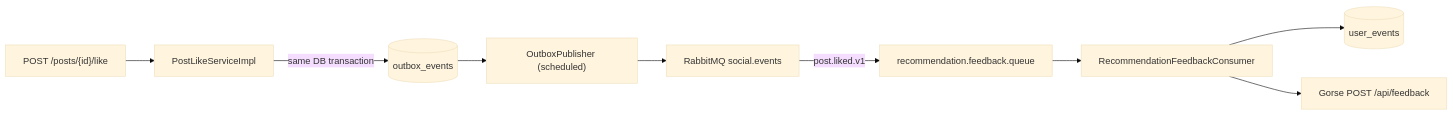
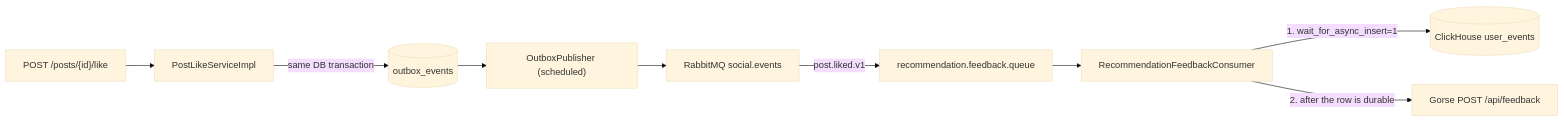
Before and after one commit to luvax-social/backend: the second of 2 diagrams in docs/modules/recommendation/README.md, drawn with Mermaid (base theme). The commit also changed other lines of this file and 11 other files, not shown here.

````diff
--- a/docs/modules/recommendation/README.md
+++ b/docs/modules/recommendation/README.md
@@ -62,11 +63,11 @@
 ```mermaid
 flowchart LR
     A["POST /posts/{id}/like"] --> B["PostLikeServiceImpl"]
     B -->|same DB transaction| C[("outbox_events")]
     C --> D["OutboxPublisher (scheduled)"]
     D --> E["RabbitMQ social.events"]
     E -->|post.liked.v1| F["recommendation.feedback.queue"]
     F --> G[RecommendationFeedbackConsumer]
-    G --> H[("user_events")]
-    G --> I["Gorse POST /api/feedback"]
+    G -->|1. wait_for_async_insert=1| H[("ClickHouse user_events")]
+    G -->|2. after the row is durable| I["Gorse POST /api/feedback"]
 ```
````
